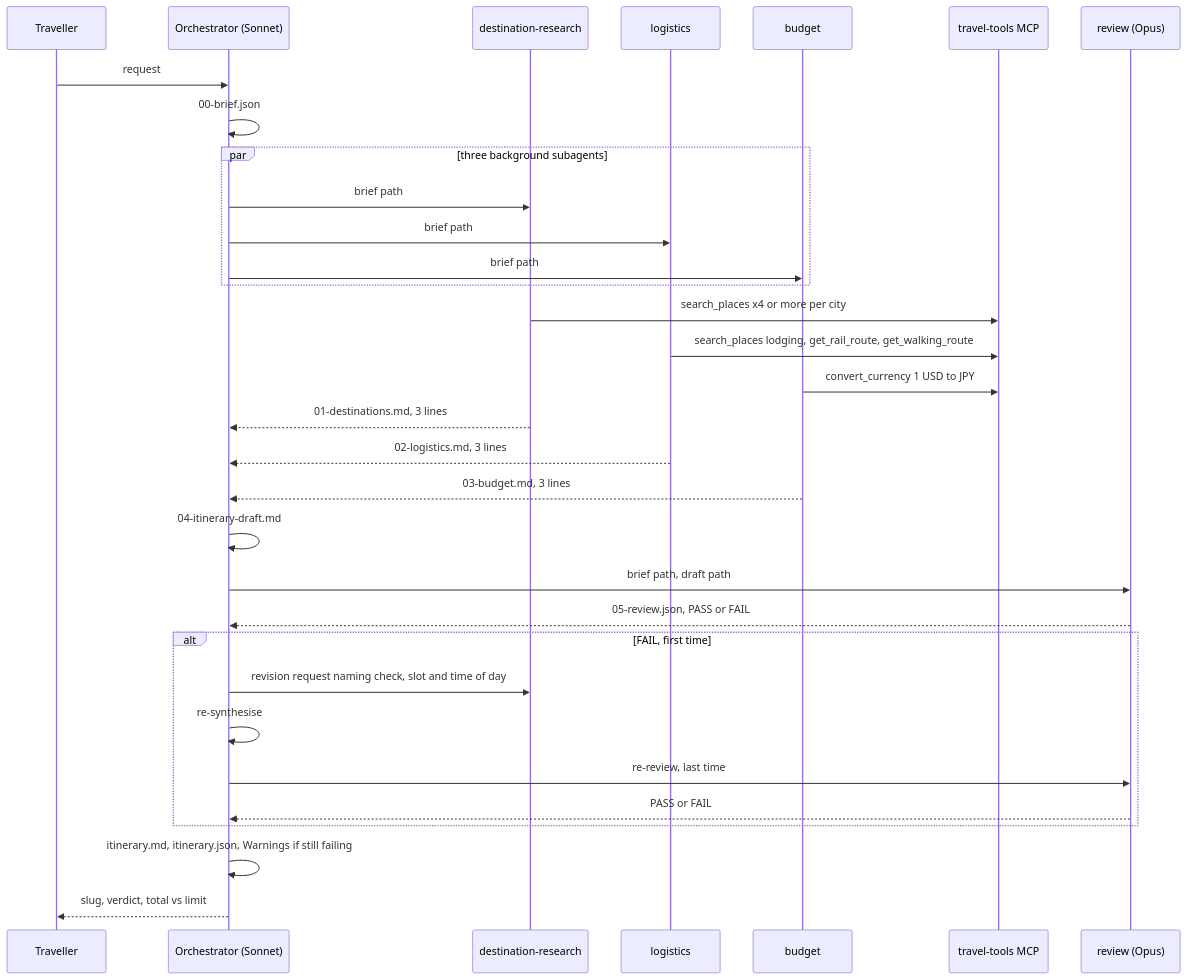
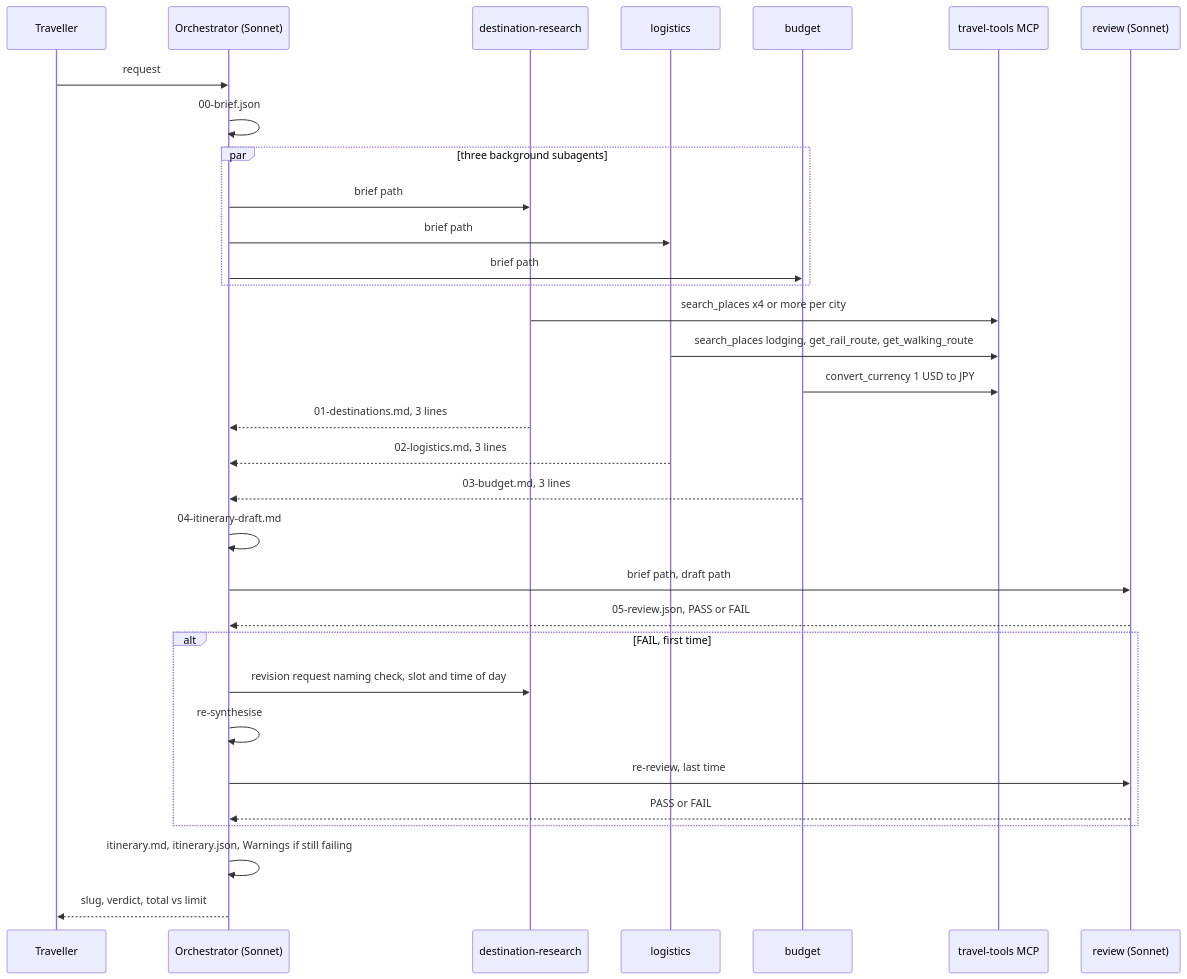
The third of 3 diagrams in docs/agent-flow-diagram.md (qa-aman/workshop-travel-planner), drawn with Mermaid before and after one commit. The commit also changed other lines of this file and 7 other files, not shown here.

First line of the commit message:
move review agent from opus to sonnet

````diff
--- a/docs/agent-flow-diagram.md
+++ b/docs/agent-flow-diagram.md
@@ -167,35 +167,35 @@
 ```mermaid
 sequenceDiagram
     participant U as Traveller
     participant O as Orchestrator (Sonnet)
     participant D as destination-research
     participant L as logistics
     participant B as budget
     participant M as travel-tools MCP
-    participant R as review (Opus)
+    participant R as review (Sonnet)
 
     U->>O: request
     O->>O: 00-brief.json
     par three background subagents
         O->>D: brief path
         O->>L: brief path
         O->>B: brief path
     end
     D->>M: search_places x4 or more per city
     L->>M: search_places lodging, get_rail_route, get_walking_route
     B->>M: convert_currency 1 USD to JPY
     D-->>O: 01-destinations.md, 3 lines
     L-->>O: 02-logistics.md, 3 lines
     B-->>O: 03-budget.md, 3 lines
     O->>O: 04-itinerary-draft.md
     O->>R: brief path, draft path
     R-->>O: 05-review.json, PASS or FAIL
     alt FAIL, first time
         O->>D: revision request naming check, slot and time of day
         O->>O: re-synthesise
         O->>R: re-review, last time
         R-->>O: PASS or FAIL
     end
     O->>O: itinerary.md, itinerary.json, Warnings if still failing
     O-->>U: slug, verdict, total vs limit
 ```
````
